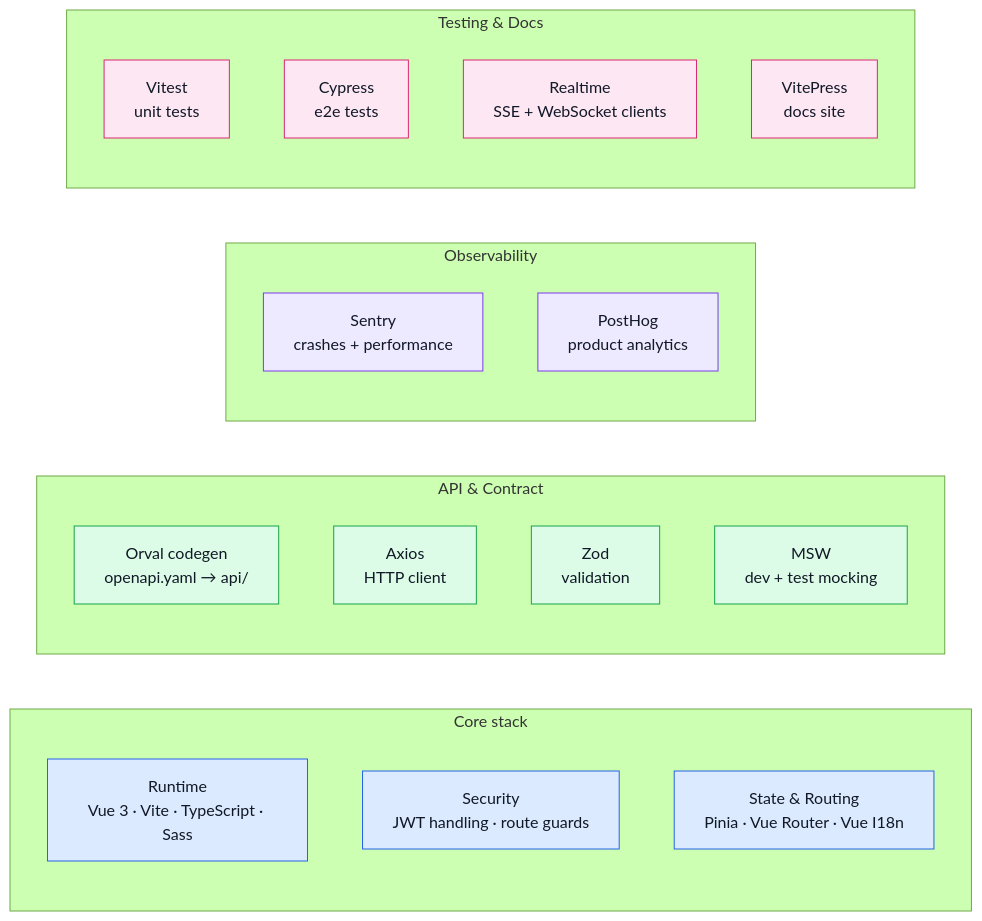
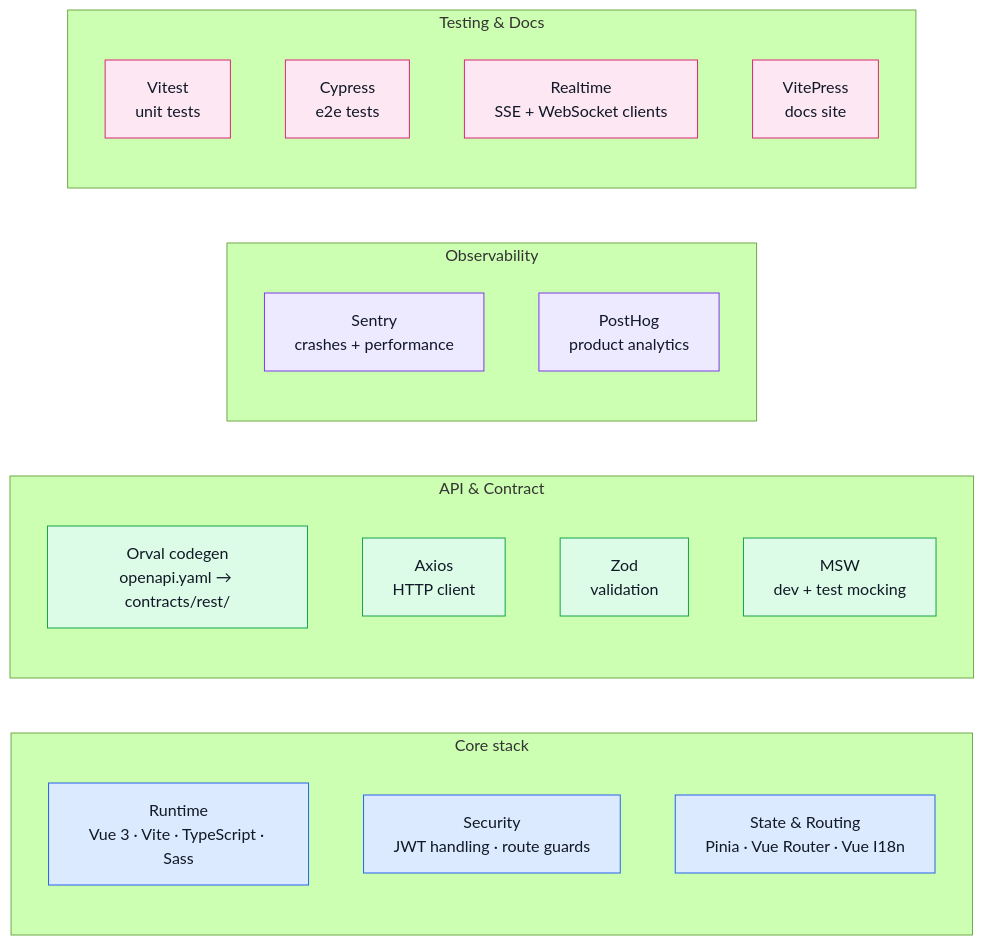
The diagram in docs/tools/index.md (Guebbit/boilerplate-vue-frontend), drawn with Mermaid (forest theme) before and after one commit. The commit also changed 57 other files, not shown here.

````diff
--- a/docs/tools/index.md
+++ b/docs/tools/index.md
@@ -9,37 +9,37 @@
 ```mermaid
 %%{init: {'flowchart': {'nodeSpacing': 55, 'rankSpacing': 75}}}%%
 flowchart LR
     subgraph Core["Core stack"]
         Runtime[Runtime\nVue 3 · Vite · TypeScript · Sass]
         Security[Security\nJWT handling · route guards]
         StateRouting[State & Routing\nPinia · Vue Router · Vue I18n]
     end
 
     subgraph API["API & Contract"]
-        Orval[Orval codegen\nopenapi.yaml → api/]
+        Orval[Orval codegen\nopenapi.yaml → contracts/rest/]
         Axios[Axios\nHTTP client]
         Zod[Zod\nvalidation]
         MSW[MSW\ndev + test mocking]
     end
 
     subgraph Obs["Observability"]
         Sentry[Sentry\ncrashes + performance]
         PostHog[PostHog\nproduct analytics]
     end
 
     subgraph Testing["Testing & Docs"]
         Vitest[Vitest\nunit tests]
         Cypress[Cypress\ne2e tests]
         Realtime[Realtime\nSSE + WebSocket clients]
         VitePress[VitePress\ndocs site]
     end
 
     classDef core fill:#dbeafe,stroke:#2563eb,color:#111827;
     classDef api fill:#dcfce7,stroke:#16a34a,color:#111827;
     classDef obs fill:#ede9fe,stroke:#7c3aed,color:#111827;
     classDef test fill:#fce7f3,stroke:#db2777,color:#111827;
     class Runtime,Security,StateRouting core;
     class Orval,Axios,Zod,MSW api;
     class Sentry,PostHog obs;
     class Vitest,Cypress,Realtime,VitePress test;
 ```
````
